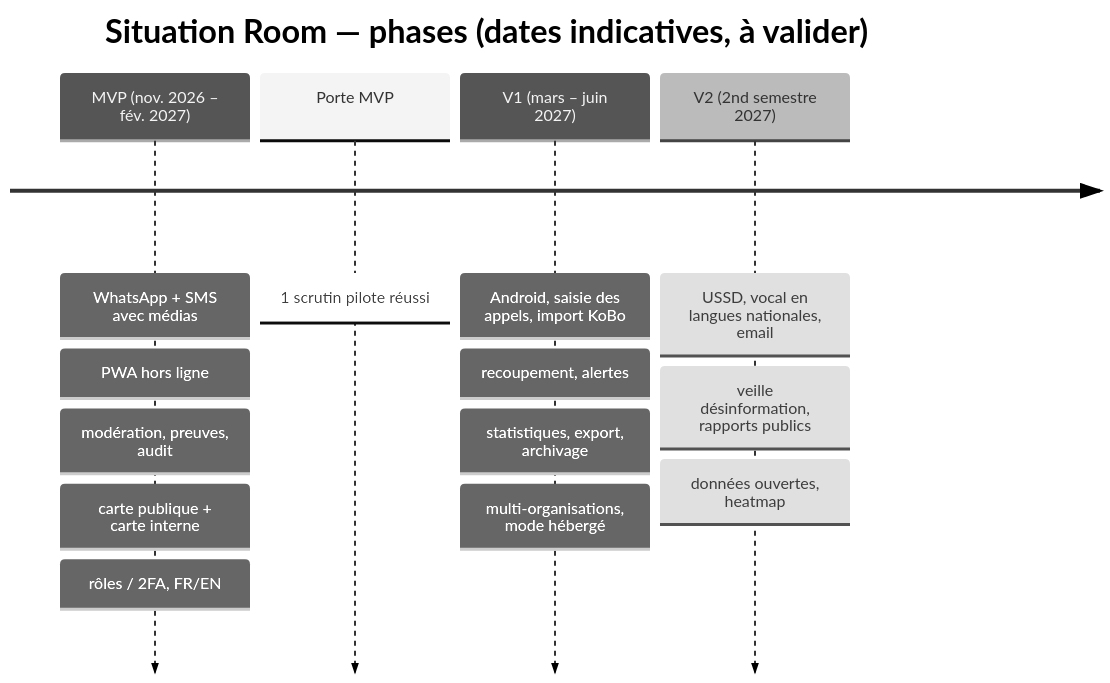
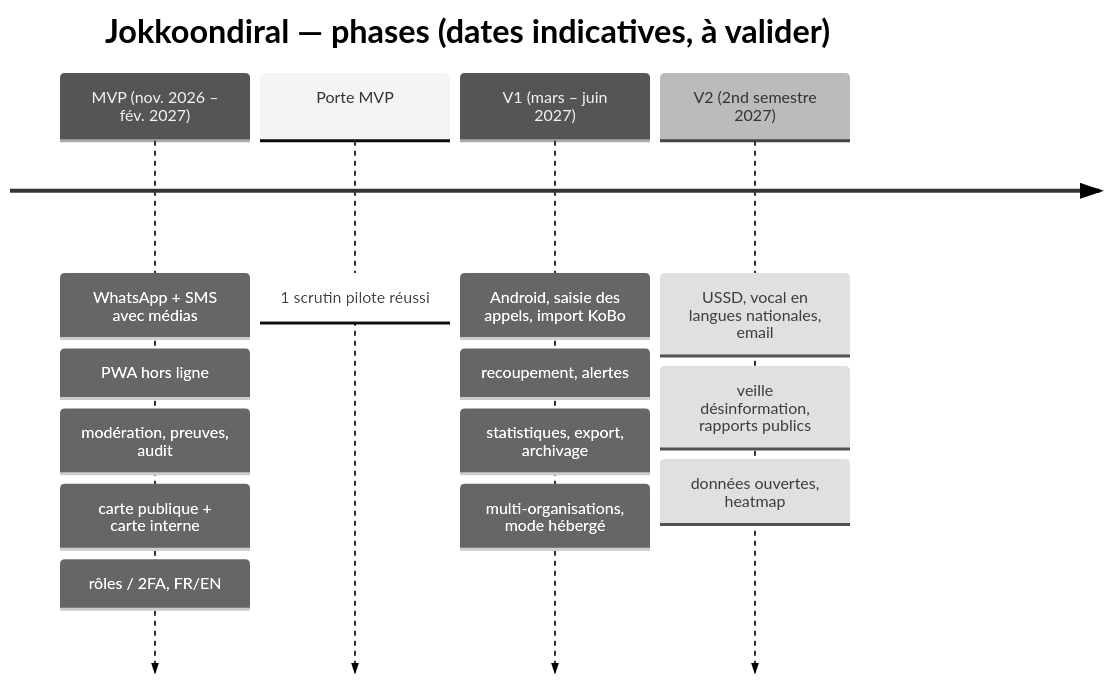
The diagram in docs/ROADMAP.md (AfricTivistes/jokkoondiral), drawn with Mermaid (neutral theme) before and after one commit. The commit also changed 61 other files, not shown here.

First line of the commit message:
chore: rename project from Situation Room to Jokkoondiral

````diff
--- a/docs/ROADMAP.md
+++ b/docs/ROADMAP.md
@@ -7,8 +7,8 @@
 ```mermaid
 timeline
-  title Situation Room — phases (dates indicatives, à valider)
+  title Jokkoondiral — phases (dates indicatives, à valider)
   MVP (nov. 2026 – fév. 2027) : WhatsApp + SMS avec médias : PWA hors ligne : modération, preuves, audit : carte publique + carte interne : rôles / 2FA, FR/EN
   Porte MVP : 1 scrutin pilote réussi
   V1 (mars – juin 2027) : Android, saisie des appels, import KoBo : recoupement, alertes : statistiques, export, archivage : multi-organisations, mode hébergé
   V2 (2nd semestre 2027) : USSD, vocal en langues nationales, email : veille désinformation, rapports publics : données ouvertes, heatmap
 ```
````
